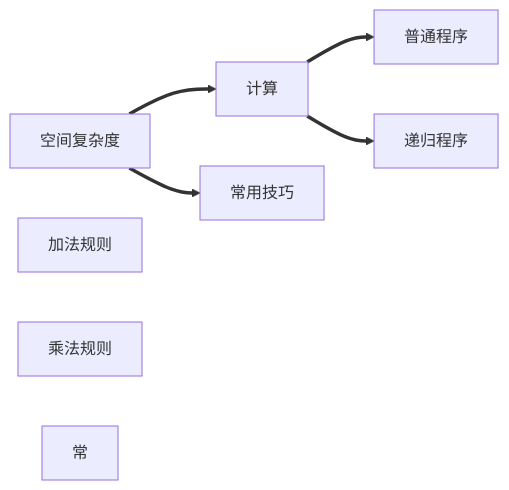
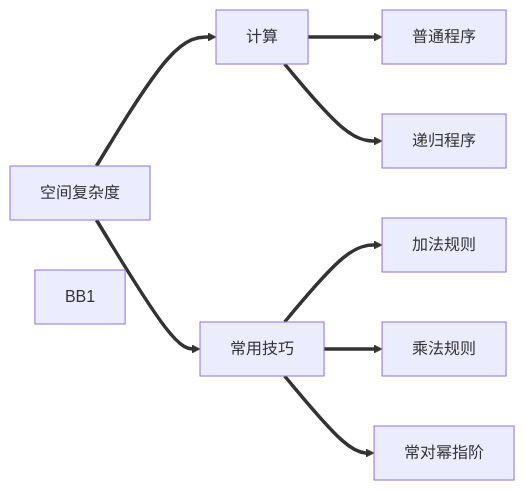
Before and after one commit to MW-S/markdown: the second of 2 diagrams in learn/408/数据结构/基础/算法.md, drawn with Mermaid. The commit also changed other lines of this file, not shown here.

Commit message:
learn/408/数据结构/基础/算法.md updated from https://stackedit.io/

````diff
--- a/learn/408/数据结构/基础/算法.md
+++ b/learn/408/数据结构/基础/算法.md
@@ -76,15 +76,19 @@
 ```mermaid
 graph LR
 A[空间复杂度]
 B[计算]
 C[常用技巧]
 A==>B
 A==>C
 B1[普通程序]
 B2[递归程序]
 B==>B1
 B==>B2
 C1[加法规则]
 C2[乘法规则]
-C3[常]
+C3[常对幂指阶]
+C==>C1
+C==>C2
+C==>C3
+BB1
 ```
````
